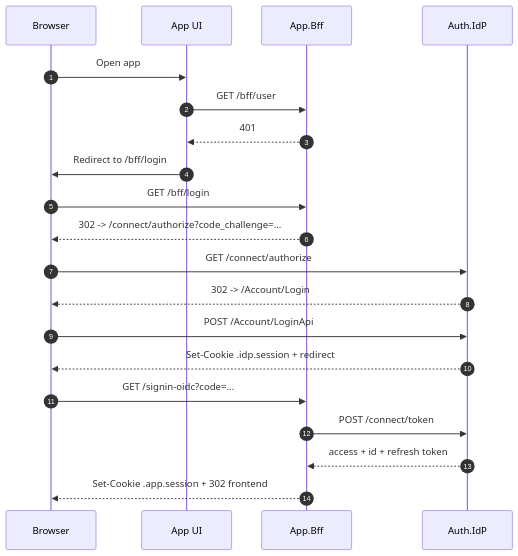
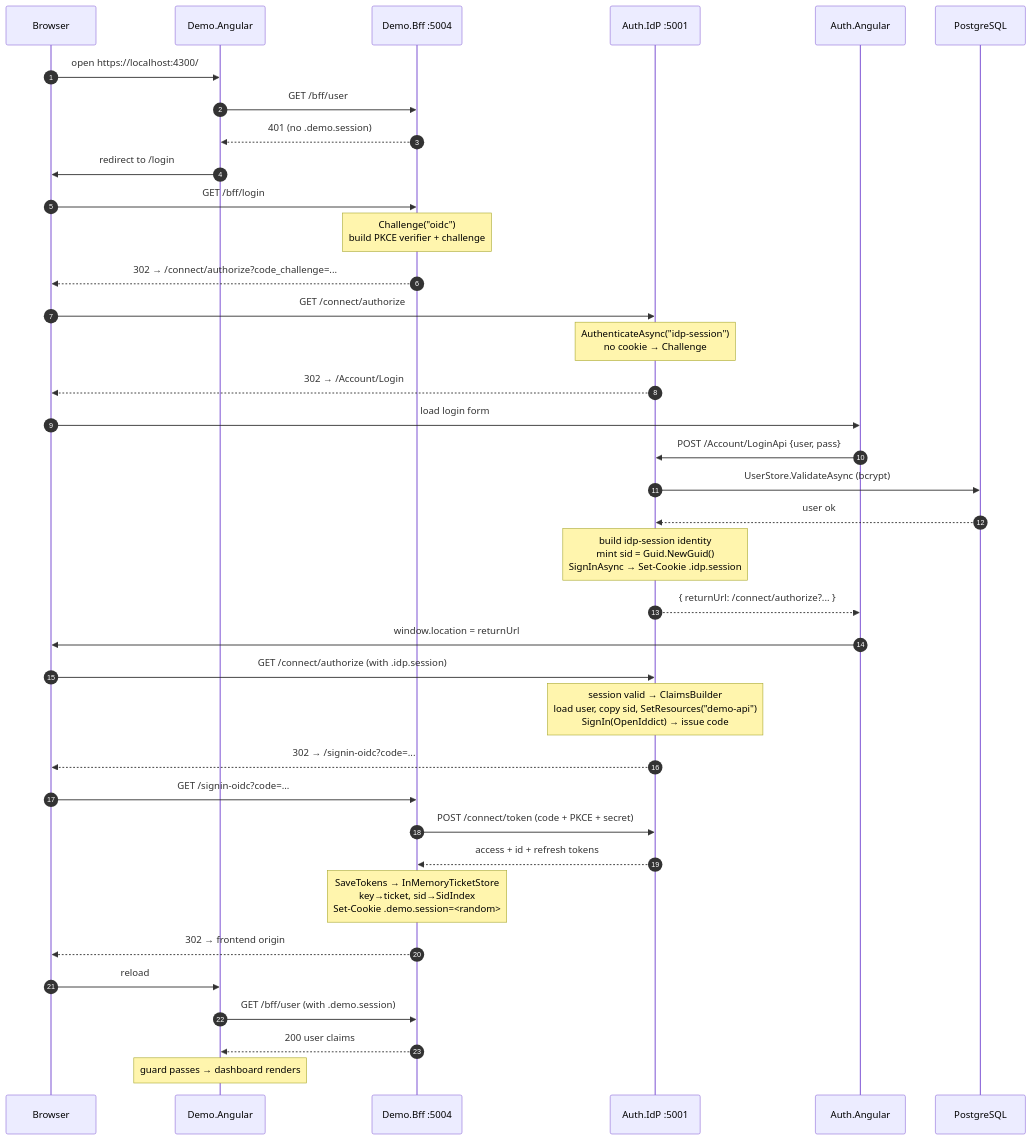
One commit to Soumyadip-Dhara/AuthenticationService changed the second of 9 diagrams in docs/SSO-AUTH-FLOW-DIAGRAMS.md. Above: the diagram before and after it, drawn with Mermaid. The commit also changed other lines of this file and 2 other files, not shown here.

Commit message:
Add full Mermaid diagram doc and arrow-format step-by-step guide

````diff
--- a/docs/SSO-AUTH-FLOW-DIAGRAMS.md
+++ b/docs/SSO-AUTH-FLOW-DIAGRAMS.md
@@ -45,26 +70,46 @@
 ```mermaid
 sequenceDiagram
     autonumber
-    participant B as Browser
-    participant Ng as App UI
-    participant Bff as App.Bff
-    participant IdP as Auth.IdP
+    participant B   as Browser
+    participant Ng  as Demo.Angular
+    participant Bff as Demo.Bff :5004
+    participant IdP as Auth.IdP :5001
+    participant ANg as Auth.Angular
+    participant PG  as PostgreSQL
 
-    B->>Ng: Open app
+    B->>Ng:  open https://localhost:4300/
     Ng->>Bff: GET /bff/user
-    Bff-->>Ng: 401
-    Ng->>B: Redirect to /bff/login
+    Bff-->>Ng: 401 (no .demo.session)
+    Ng->>B:  redirect to /login
 
     B->>Bff: GET /bff/login
-    Bff-->>B: 302 -> /connect/authorize?code_challenge=...
+    Note over Bff: Challenge("oidc")<br/>build PKCE verifier + challenge
+    Bff-->>B: 302 → /connect/authorize?code_challenge=...
 
     B->>IdP: GET /connect/authorize
-    IdP-->>B: 302 -> /Account/Login
-    B->>IdP: POST /Account/LoginApi
-    IdP-->>B: Set-Cookie .idp.session + redirect
+    Note over IdP: AuthenticateAsync("idp-session")<br/>no cookie → Challenge
+    IdP-->>B: 302 → /Account/Login
+
+    B->>ANg:  load login form
+    ANg->>IdP: POST /Account/LoginApi {user, pass}
+    IdP->>PG:  UserStore.ValidateAsync (bcrypt)
+    PG-->>IdP: user ok
+    Note over IdP: build idp-session identity<br/>mint sid = Guid.NewGuid()<br/>SignInAsync → Set-Cookie .idp.session
+    IdP-->>ANg: { returnUrl: /connect/authorize?... }
+    ANg->>B:  window.location = returnUrl
+
+    B->>IdP: GET /connect/authorize (with .idp.session)
+    Note over IdP: session valid → ClaimsBuilder<br/>load user, copy sid, SetResources("demo-api")<br/>SignIn(OpenIddict) → issue code
+    IdP-->>B: 302 → /signin-oidc?code=...
 
     B->>Bff: GET /signin-oidc?code=...
-    Bff->>IdP: POST /connect/token
-    IdP-->>Bff: access + id + refresh token
-    Bff-->>B: Set-Cookie .app.session + 302 frontend
+    Bff->>IdP: POST /connect/token (code + PKCE + secret)
+    IdP-->>Bff: access + id + refresh tokens
+    Note over Bff: SaveTokens → InMemoryTicketStore<br/>key→ticket, sid→SidIndex<br/>Set-Cookie .demo.session=<random>
+    Bff-->>B: 302 → frontend origin
+
+    B->>Ng:  reload
+    Ng->>Bff: GET /bff/user (with .demo.session)
+    Bff-->>Ng: 200 user claims
+    Note over Ng: guard passes → dashboard renders
 ```
````
